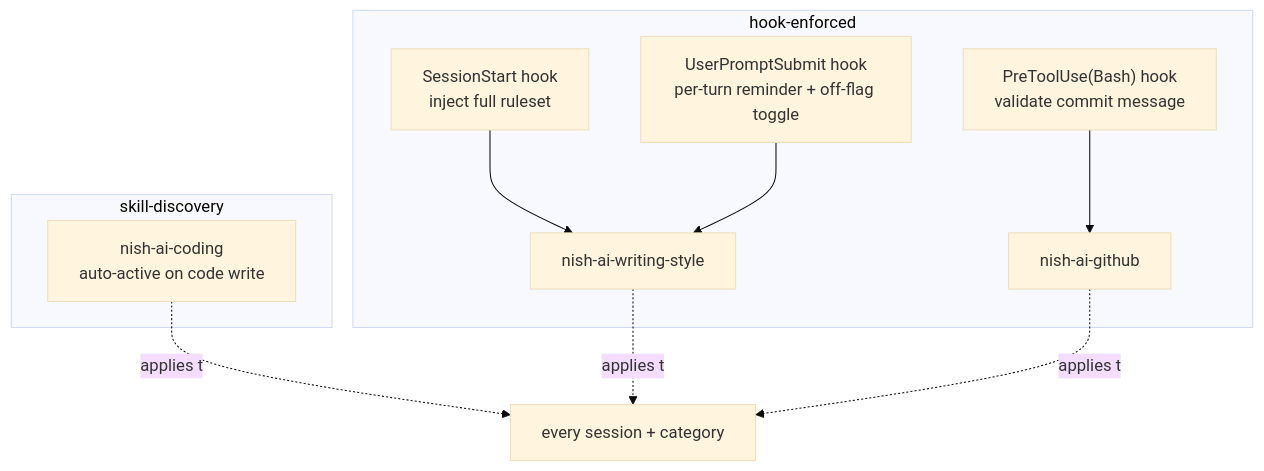
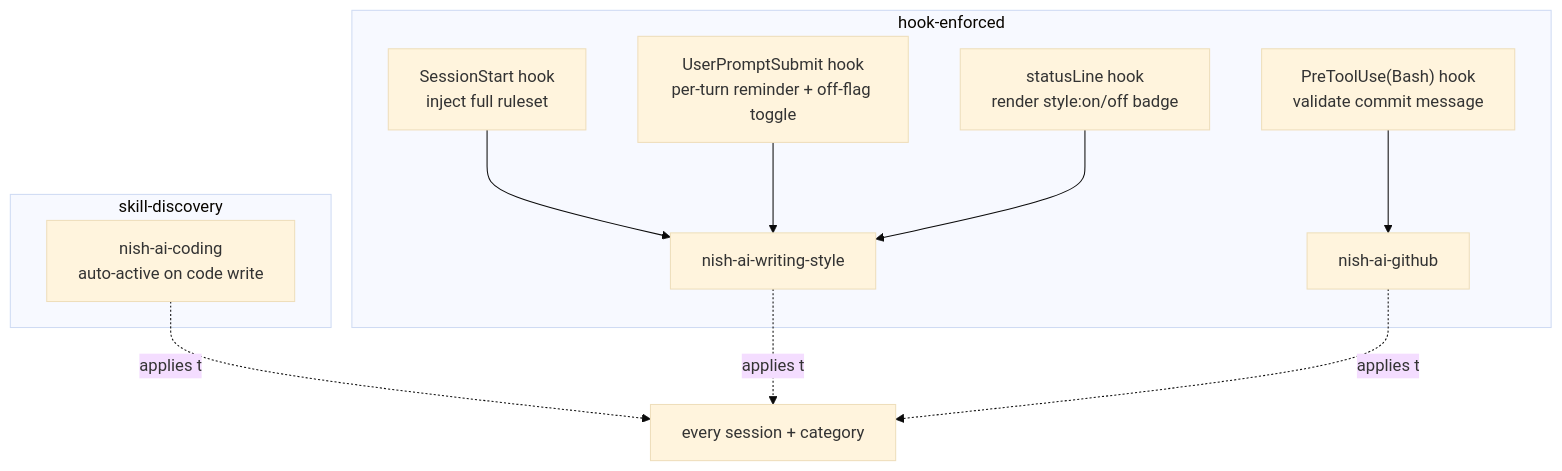
One commit to ubunish/nish-ai changed the third of 3 diagrams in README.md. Above: the diagram before and after it, drawn with Mermaid (base theme). The commit also changed other lines of this file, not shown here.

Commit message:
docs: align README with current architecture

````diff
--- a/README.md
+++ b/README.md
@@ -98,17 +119,19 @@
 ```mermaid
 flowchart TD
     subgraph hook["hook-enforced"]
         SS["SessionStart hook<br/>inject full ruleset"]
         UP["UserPromptSubmit hook<br/>per-turn reminder + off-flag toggle"]
+        SL["statusLine hook<br/>render style:on/off badge"]
         PV["PreToolUse(Bash) hook<br/>validate commit message"]
         SS --> WS["nish-ai-writing-style"]
         UP --> WS
+        SL --> WS
         PV --> GH["nish-ai-github"]
     end
     subgraph disc["skill-discovery"]
         CD["nish-ai-coding<br/>auto-active on code write"]
     end
     WS -.applies to.-> ALL["every session + category"]
     CD -.applies to.-> ALL
     GH -.applies to.-> ALL
 ```
````
